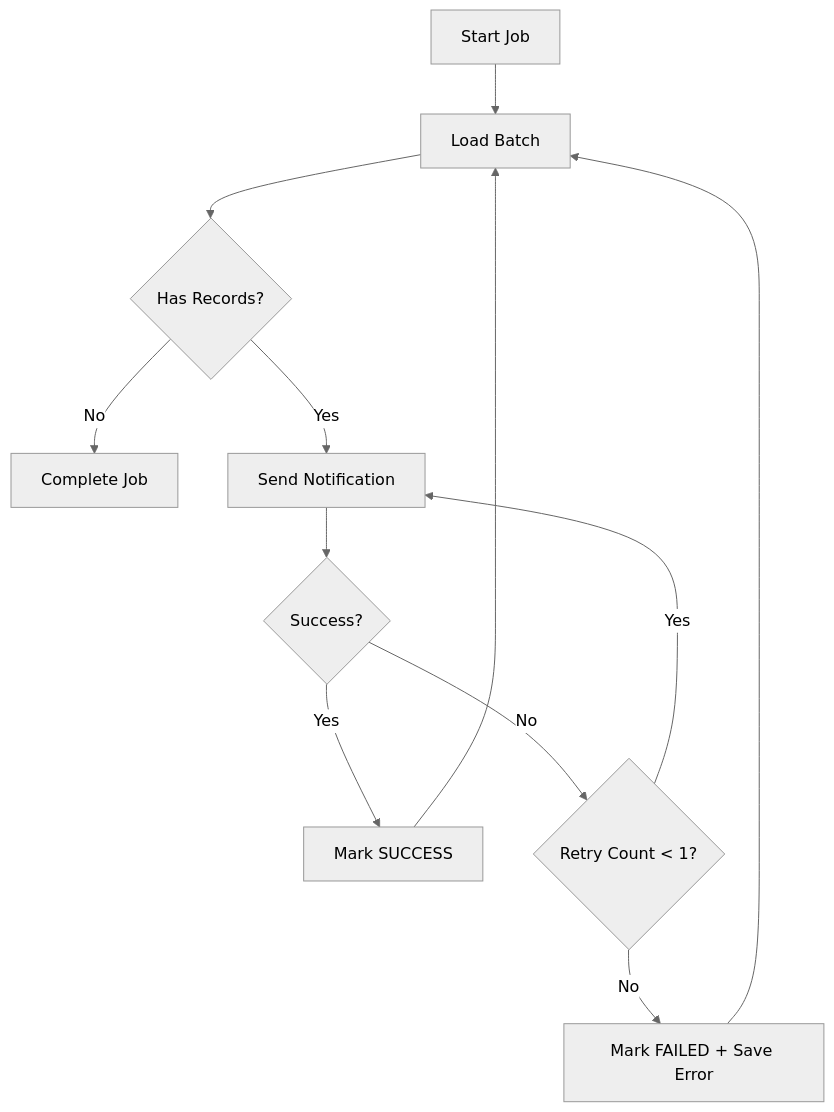
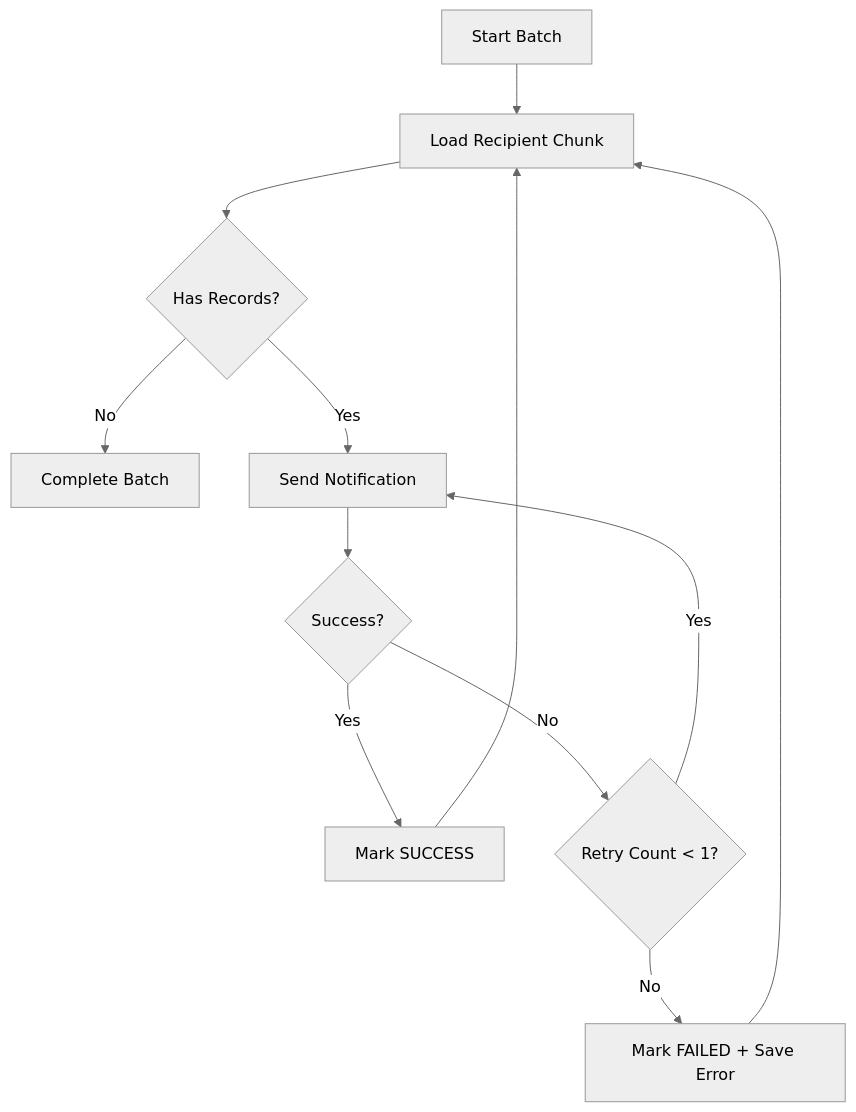
One commit to Minhduc7904/MiniProjectTrainingKaopiz changed the fourth of 4 diagrams in ducnm3/docs/architecture/uml.md. Above: the diagram before and after it, drawn with Mermaid (neutral theme). The commit also changed other lines of this file and 83 other files, not shown here.

````diff
--- a/ducnm3/docs/architecture/uml.md
+++ b/ducnm3/docs/architecture/uml.md
@@ -98,14 +105,14 @@
 ```mermaid
 flowchart TD
-    A[Start Job] --> B[Load Batch]
+    A[Start Batch] --> B[Load Recipient Chunk]
     B --> C{Has Records?}
-    C -- No --> H[Complete Job]
+    C -- No --> H[Complete Batch]
     C -- Yes --> D[Send Notification]
     D --> E{Success?}
     E -- Yes --> F[Mark SUCCESS]
     E -- No --> G{Retry Count < 1?}
     G -- Yes --> D
     G -- No --> I[Mark FAILED + Save Error]
     F --> B
     I --> B
 ```
````
